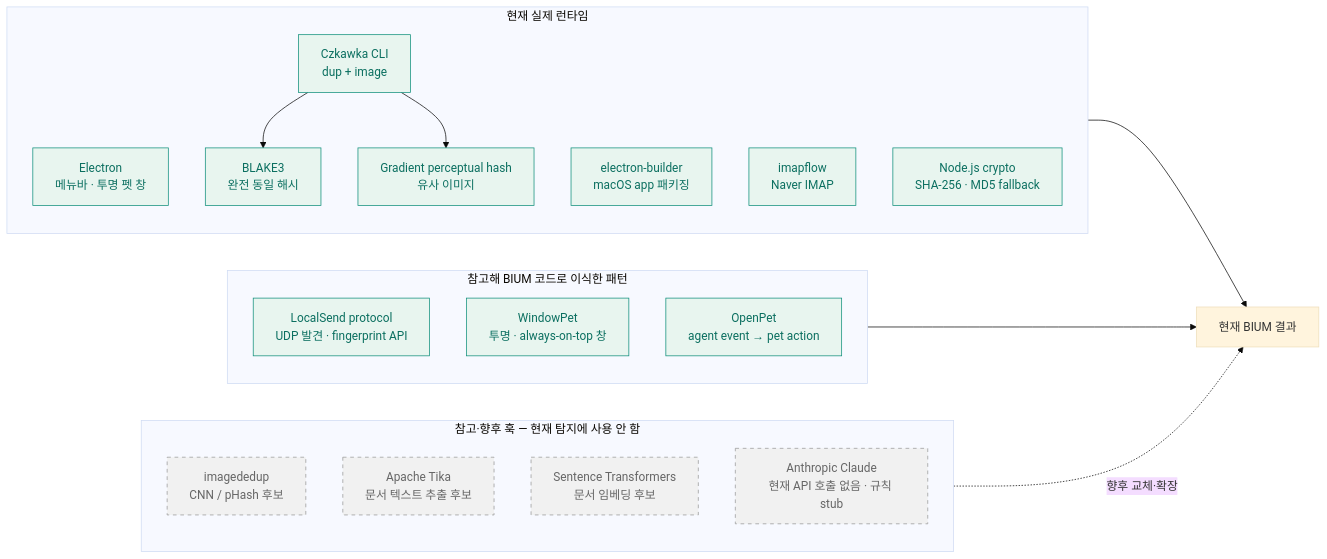
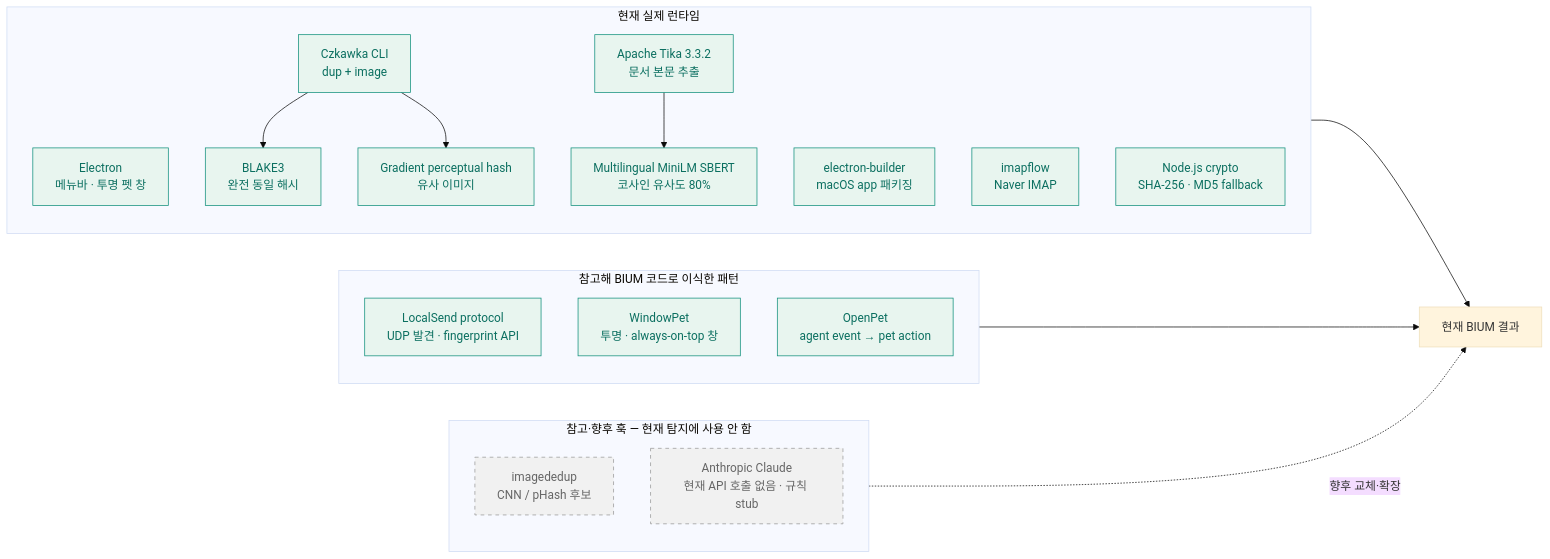
One commit to dlwldn4824/BIUM changed the fourth of 7 diagrams in README.md. Above: the diagram before and after it, drawn with Mermaid (base theme). The commit also changed other lines of this file and 17 other files, not shown here.

````diff
--- a/README.md
+++ b/README.md
@@ -255,37 +306,38 @@
 ```mermaid
 flowchart LR
   subgraph ACTIVE["현재 실제 런타임"]
     E["Electron<br/>메뉴바 · 투명 펫 창"]
     EB["electron-builder<br/>macOS app 패키징"]
     C["Czkawka CLI<br/>dup + image"]
     B["BLAKE3<br/>완전 동일 해시"]
     P["Gradient perceptual hash<br/>유사 이미지"]
     I["imapflow<br/>Naver IMAP"]
     N["Node.js crypto<br/>SHA-256 · MD5 fallback"]
+    T["Apache Tika 3.3.2<br/>문서 본문 추출"]
+    S["Multilingual MiniLM SBERT<br/>코사인 유사도 80%"]
     C --> B
     C --> P
+    T --> S
   end
 
   subgraph PATTERN["참고해 BIUM 코드로 이식한 패턴"]
     L["LocalSend protocol<br/>UDP 발견 · fingerprint API"]
     W["WindowPet<br/>투명 · always-on-top 창"]
     O["OpenPet<br/>agent event → pet action"]
   end
 
   subgraph REF["참고·향후 훅 — 현재 탐지에 사용 안 함"]
     ID["imagededup<br/>CNN / pHash 후보"]
-    T["Apache Tika<br/>문서 텍스트 추출 후보"]
-    S["Sentence Transformers<br/>문서 임베딩 후보"]
     A["Anthropic Claude<br/>현재 API 호출 없음 · 규칙 stub"]
   end
 
   ACTIVE --> OUT["현재 BIUM 결과"]
   PATTERN --> OUT
   REF -. "향후 교체·확장" .-> OUT
 
   classDef active fill:#e8f5ef,stroke:#0f8f7b,color:#0b6f60
   classDef future fill:#f1f1f1,stroke:#999,color:#666,stroke-dasharray:5 5
-  class E,EB,C,B,P,I,N active
+  class E,EB,C,B,P,I,N,T,S active
   class L,W,O active
-  class ID,T,S,A future
+  class ID,A future
 ```
````
